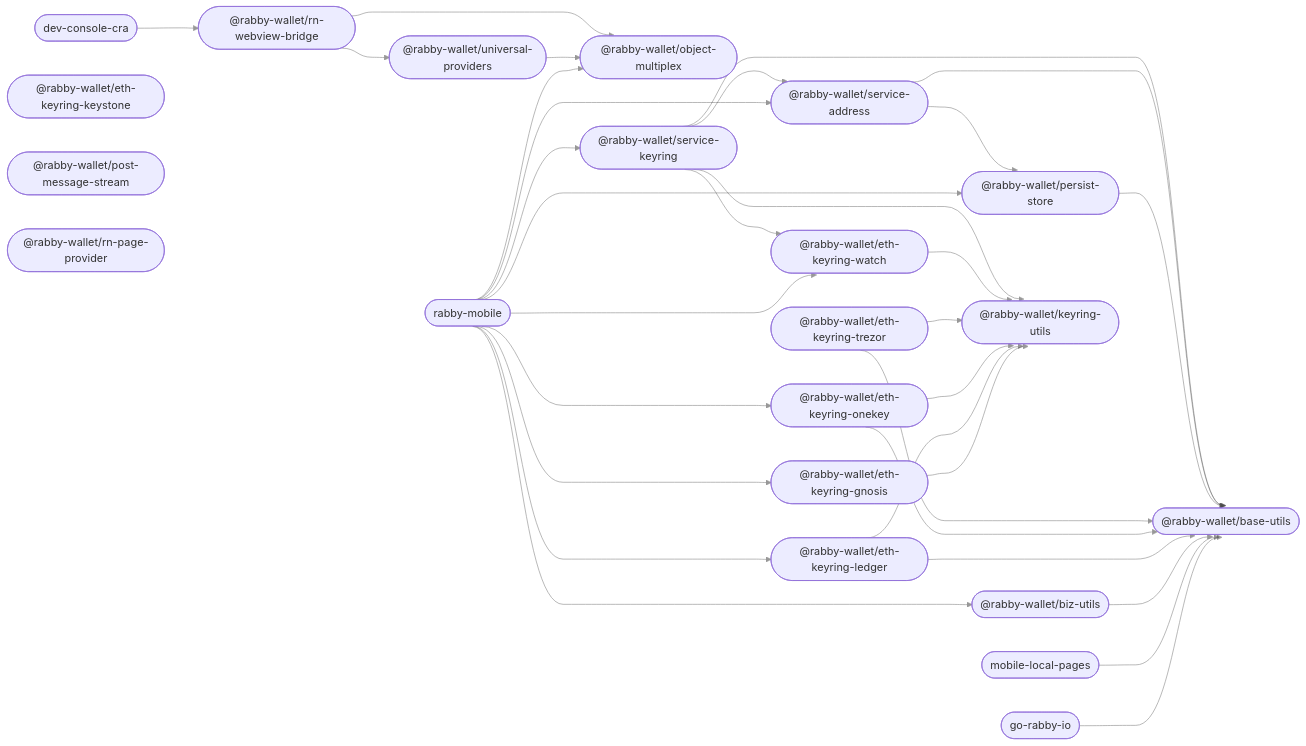
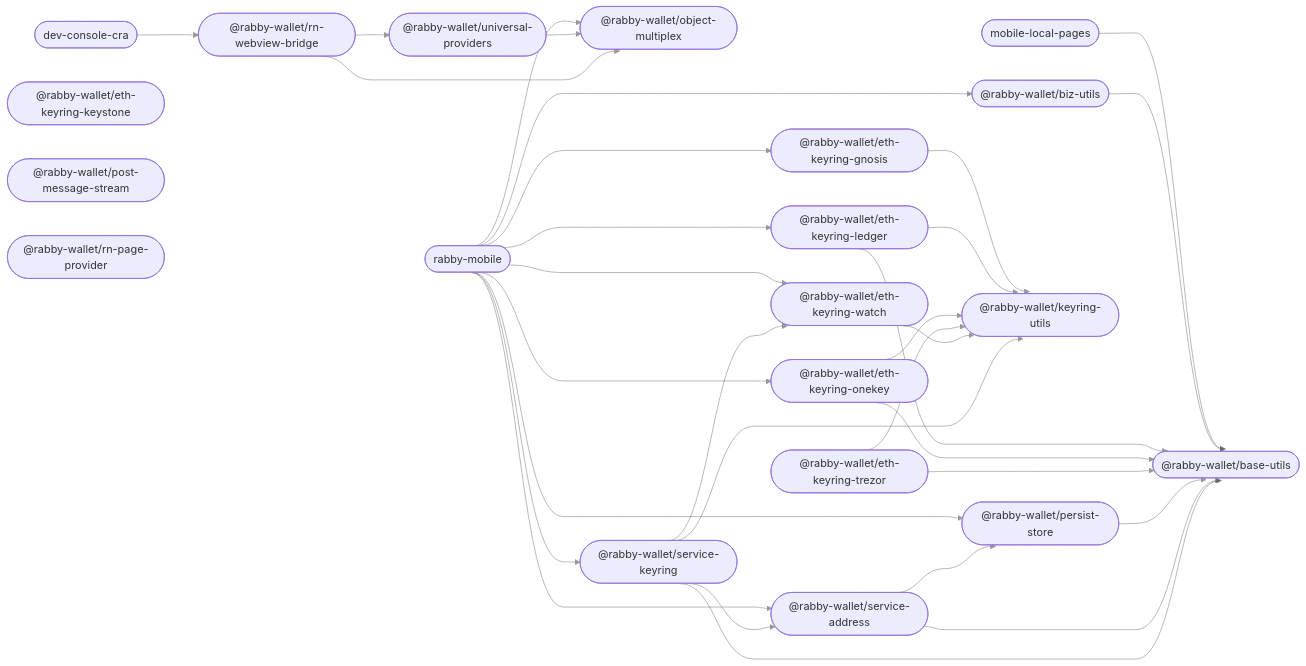
One commit to RabbyHub/rabby-mobile changed the diagram in README.md. Above: the diagram before and after it, drawn with Mermaid. The commit also changed other lines of this file and 33 other files, not shown here.

````diff
--- a/README.md
+++ b/README.md
@@ -39,57 +38,55 @@
 ```mermaid
 %%{ init: { 'flowchart': { 'curve': 'bumpX' } } }%%
 graph LR;
 linkStyle default opacity:0.5
   dev_console_cra(["dev-console-cra"]);
-  go_rabby_io(["go-rabby-io"]);
   rabby_mobile(["rabby-mobile"]);
   mobile_local_pages(["mobile-local-pages"]);
   base_utils(["@rabby-wallet/base-utils"]);
   biz_utils(["@rabby-wallet/biz-utils"]);
   eth_keyring_gnosis(["@rabby-wallet/eth-keyring-gnosis"]);
   eth_keyring_keystone(["@rabby-wallet/eth-keyring-keystone"]);
   eth_keyring_ledger(["@rabby-wallet/eth-keyring-ledger"]);
   eth_keyring_onekey(["@rabby-wallet/eth-keyring-onekey"]);
   eth_keyring_trezor(["@rabby-wallet/eth-keyring-trezor"]);
   eth_keyring_watch(["@rabby-wallet/eth-keyring-watch"]);
   keyring_utils(["@rabby-wallet/keyring-utils"]);
   object_multiplex(["@rabby-wallet/object-multiplex"]);
   persist_store(["@rabby-wallet/persist-store"]);
   post_message_stream(["@rabby-wallet/post-message-stream"]);
   universal_providers(["@rabby-wallet/universal-providers"]);
   rn_page_provider(["@rabby-wallet/rn-page-provider"]);
   rn_webview_bridge(["@rabby-wallet/rn-webview-bridge"]);
   service_address(["@rabby-wallet/service-address"]);
   service_keyring(["@rabby-wallet/service-keyring"]);
   dev_console_cra --> rn_webview_bridge;
-  go_rabby_io --> base_utils;
   rabby_mobile --> biz_utils;
   rabby_mobile --> eth_keyring_gnosis;
   rabby_mobile --> eth_keyring_ledger;
   rabby_mobile --> eth_keyring_onekey;
   rabby_mobile --> eth_keyring_watch;
   rabby_mobile --> object_multiplex;
   rabby_mobile --> persist_store;
   rabby_mobile --> service_address;
   rabby_mobile --> service_keyring;
   mobile_local_pages --> base_utils;
   biz_utils --> base_utils;
   eth_keyring_gnosis --> keyring_utils;
   eth_keyring_ledger --> base_utils;
   eth_keyring_ledger --> keyring_utils;
   eth_keyring_onekey --> base_utils;
   eth_keyring_onekey --> keyring_utils;
   eth_keyring_trezor --> base_utils;
   eth_keyring_trezor --> keyring_utils;
   eth_keyring_watch --> keyring_utils;
   persist_store --> base_utils;
   universal_providers --> object_multiplex;
   rn_webview_bridge --> object_multiplex;
   rn_webview_bridge --> universal_providers;
   service_address --> base_utils;
   service_address --> persist_store;
   service_keyring --> base_utils;
   service_keyring --> eth_keyring_watch;
   service_keyring --> keyring_utils;
   service_keyring --> service_address;
 ```
````
